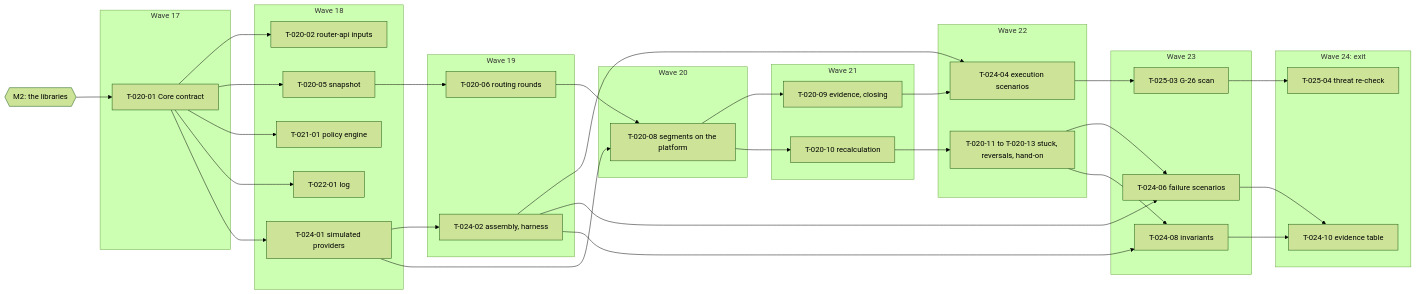
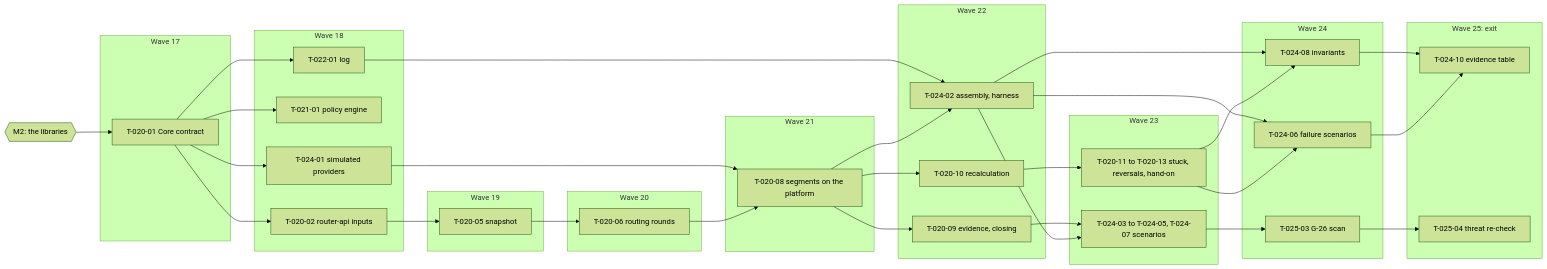
Before and after one commit to bloque-app/rutent: the third of 3 diagrams in PLAN.md, drawn with Mermaid (forest theme). The commit also changed other lines of this file, not shown here.

````diff
--- a/PLAN.md
+++ b/PLAN.md
@@ -837,47 +869,50 @@
 ```mermaid
 flowchart LR
   M2{{"M2: the libraries"}}
   subgraph W17["Wave 17"]
     C["T-020-01 Core contract"]
   end
   subgraph W18["Wave 18"]
     Q["T-020-02 router-api inputs"]
-    S["T-020-05 snapshot"]
     Z["T-021-01 policy engine"]
     L["T-022-01 log"]
     P["T-024-01 simulated providers"]
   end
   subgraph W19["Wave 19"]
+    S["T-020-05 snapshot"]
+  end
+  subgraph W20["Wave 20"]
     R["T-020-06 routing rounds"]
+  end
+  subgraph W21["Wave 21"]
+    X["T-020-08 segments on the platform"]
+  end
+  subgraph W22["Wave 22"]
+    E["T-020-09 evidence, closing"]
+    RC["T-020-10 recalculation"]
     H["T-024-02 assembly, harness"]
   end
-  subgraph W20["Wave 20"]
-    X["T-020-08 segments on the platform"]
+  subgraph W23["Wave 23"]
+    ST["T-020-11 to T-020-13 stuck, reversals, hand-on"]
+    S4["T-024-03 to T-024-05, T-024-07 scenarios"]
   end
-  subgraph W21["Wave 21"]
-    E["T-020-09 evidence, closing"]
-    RC["T-020-10 recalculation"]
-  end
-  subgraph W22["Wave 22"]
-    ST["T-020-11 to T-020-13 stuck, reversals, hand-on"]
-    S4["T-024-04 execution scenarios"]
-  end
-  subgraph W23["Wave 23"]
+  subgraph W24["Wave 24"]
     S6["T-024-06 failure scenarios"]
     I["T-024-08 invariants"]
     V["T-025-03 G-26 scan"]
   end
-  subgraph W24["Wave 24: exit"]
+  subgraph W25["Wave 25: exit"]
     T["T-024-10 evidence table"]
     TR["T-025-04 threat re-check"]
   end
   M2 --> C
-  C --> Q & S & Z & L & P
-  S --> R --> X
-  P --> H & X
-  X --> E & RC
+  C --> Q & Z & L & P
+  Q --> S --> R --> X
+  P --> X
+  X --> E & RC & H
+  L --> H
   RC --> ST --> S6 & I
   H --> S4 & S6 & I
   E --> S4 --> V --> TR
   S6 & I --> T
 ```
````
